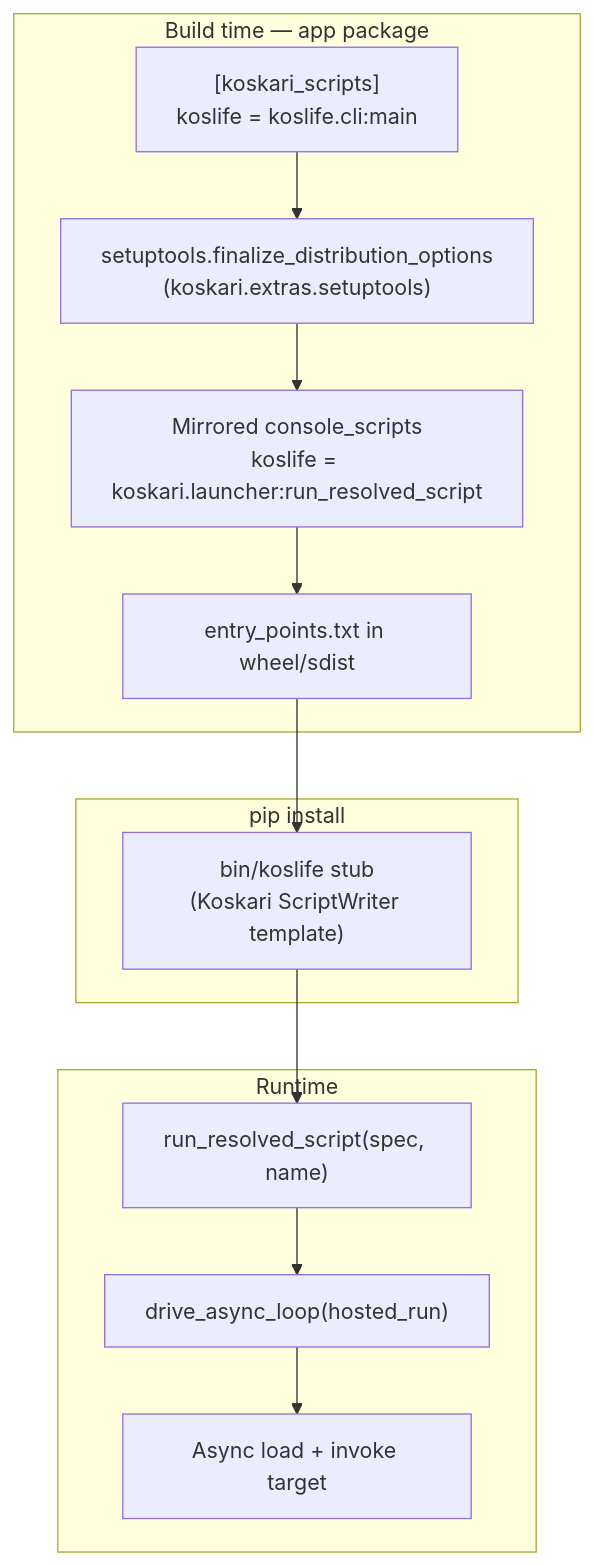
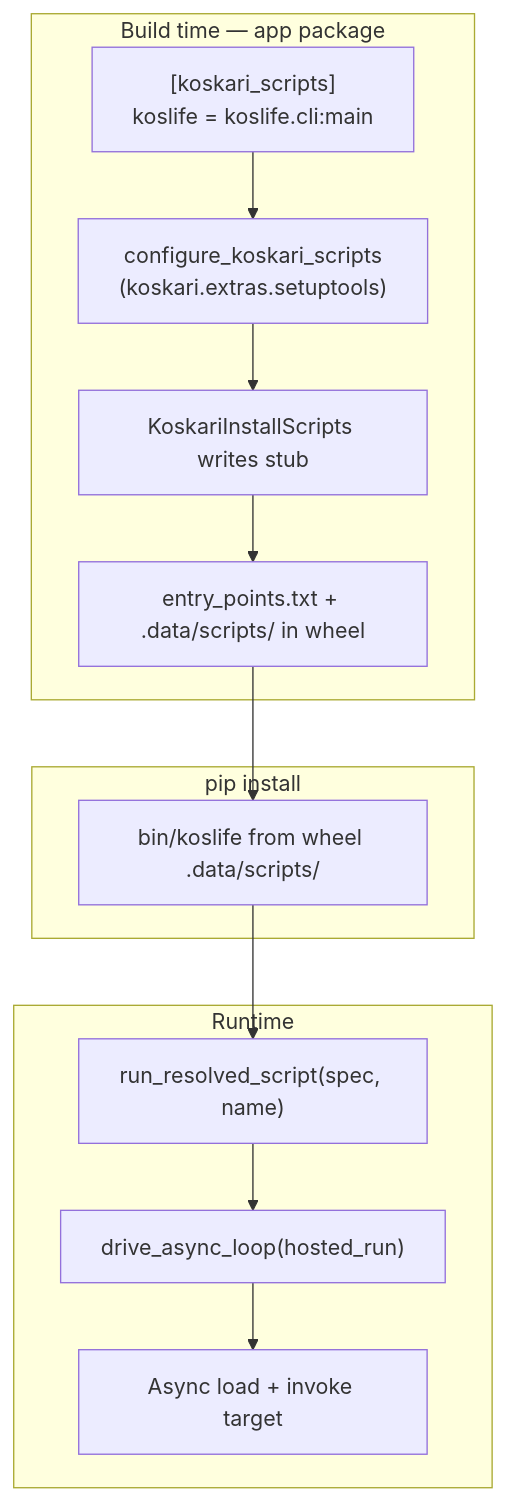
Before and after one commit to koskari-lang/koskari: the diagram in design/api/koskari-scripts-packaging.md, drawn with Mermaid. The commit also changed other lines of this file and 14 other files, not shown here.

First line of the commit message:
Install koskari_scripts stubs directly, drop console_scripts mirror

````diff
--- a/design/api/koskari-scripts-packaging.md
+++ b/design/api/koskari-scripts-packaging.md
@@ -111,20 +113,20 @@
 ```mermaid
 flowchart TB
     subgraph build [Build time — app package]
         A["[koskari_scripts]\nkoslife = koslife.cli:main"]
-        B["setuptools.finalize_distribution_options\n(koskari.extras.setuptools)"]
-        C["Mirrored console_scripts\nkoslife = koskari.launcher:run_resolved_script"]
-        D["entry_points.txt in wheel/sdist"]
+        B["configure_koskari_scripts\n(koskari.extras.setuptools)"]
+        C["KoskariInstallScripts writes stub"]
+        D["entry_points.txt + .data/scripts/ in wheel"]
         A --> B --> C --> D
     end
 
     subgraph install [pip install]
-        D --> E["bin/koslife stub\n(Koskari ScriptWriter template)"]
+        D --> E["bin/koslife from wheel .data/scripts/"]
     end
 
     subgraph runtime [Runtime]
         E --> F["run_resolved_script(spec, name)"]
         F --> G["drive_async_loop(hosted_run)"]
         G --> H["Async load + invoke target"]
     end
 ```
````
